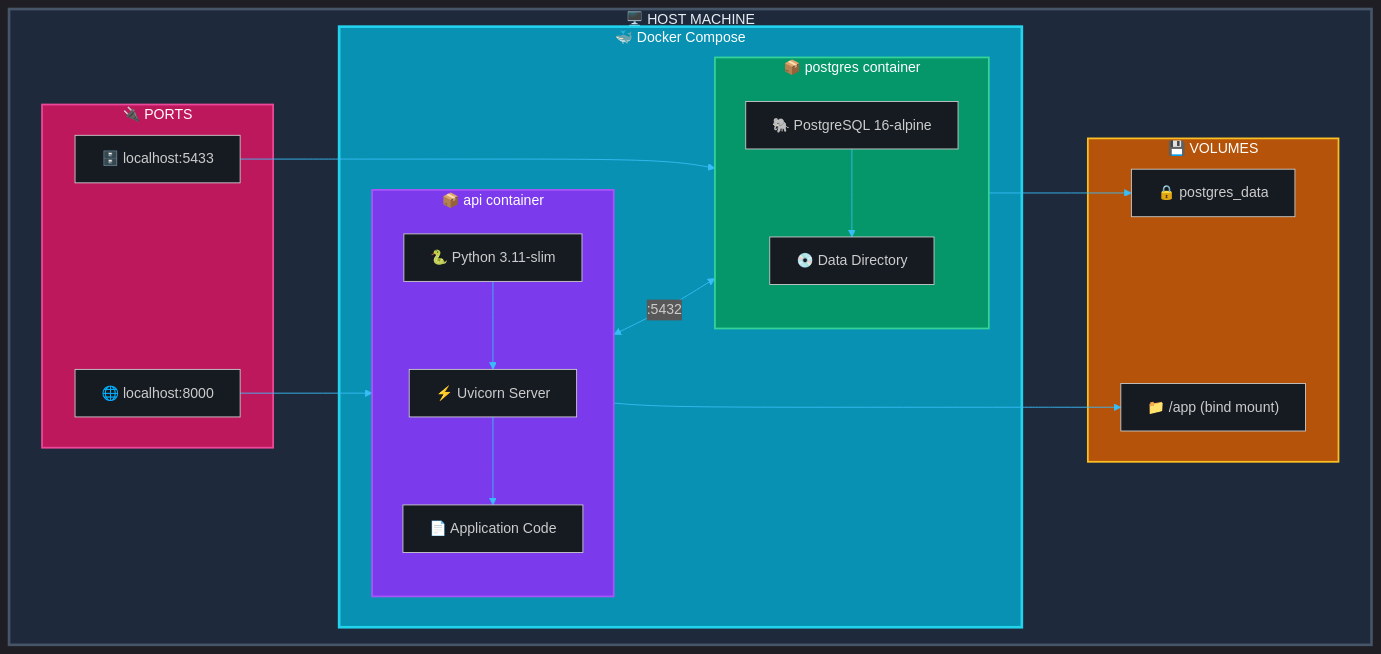
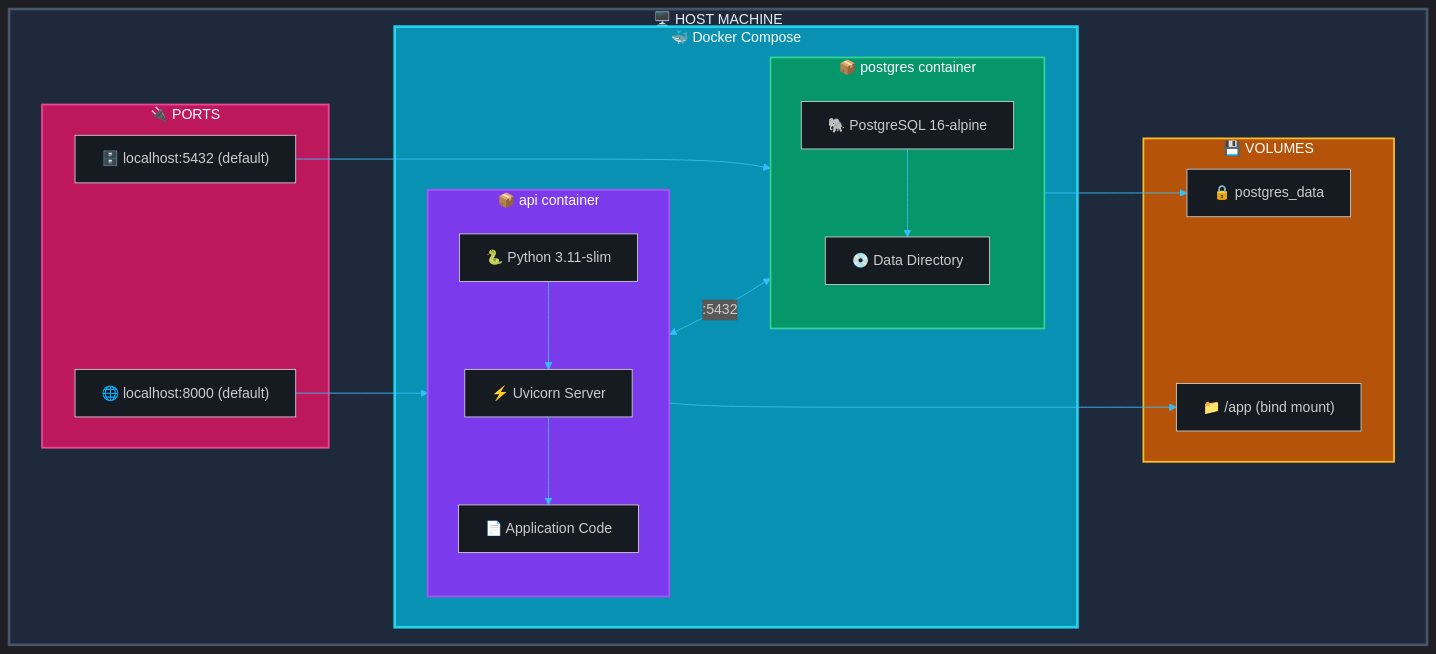
The tenth of 14 diagrams in documents/ARCHITECTURE.md (Ekremunalytu/automation_enviroment), drawn with Mermaid before and after one commit. The commit also changed other lines of this file and 7 other files, not shown here.

````diff
--- a/documents/ARCHITECTURE.md
+++ b/documents/ARCHITECTURE.md
@@ -609,46 +609,46 @@
 ```mermaid
 %%{init: {'theme': 'dark', 'themeVariables': { 'background': '#0d1117', 'primaryColor': '#0ea5e9', 'primaryTextColor': '#e6edf3', 'lineColor': '#38bdf8', 'mainBkg': '#161b22', 'nodeBkg': '#21262d', 'clusterBkg': '#161b22'}}}%%
 flowchart TB
     subgraph Host["🖥️ HOST MACHINE"]
         subgraph DockerCompose["🐳 Docker Compose"]
             subgraph APIContainer["📦 api container"]
                 direction TB
                 Python["🐍 Python 3.11-slim"]
                 Uvicorn["⚡ Uvicorn Server"]
                 AppCode["📄 Application Code"]
                 Python --> Uvicorn
                 Uvicorn --> AppCode
             end
 
             subgraph DBContainer["📦 postgres container"]
                 direction TB
                 PG["🐘 PostgreSQL 16-alpine"]
                 Data["💿 Data Directory"]
                 PG --> Data
             end
         end
 
         subgraph Volumes["💾 VOLUMES"]
             PGData["🔒 postgres_data"]
             AppMount["📁 /app (bind mount)"]
         end
 
-        subgraph Ports["🔌 PORTS"]
-            P8000["🌐 localhost:8000"]
-            P5433["🗄️ localhost:5433"]
-        end
+    subgraph Ports["🔌 PORTS"]
+        P8000["🌐 localhost:8000 (default)"]
+        P5432["🗄️ localhost:5432 (default)"]
+    end
     end
 
     APIContainer <-->|":5432"| DBContainer
     DBContainer --> PGData
     APIContainer --> AppMount
     P8000 --> APIContainer
-    P5433 --> DBContainer
+    P5432 --> DBContainer
 
     style Host fill:#1e293b,stroke:#475569,stroke-width:3px,color:#e6edf3
     style DockerCompose fill:#0891b2,stroke:#22d3ee,stroke-width:3px,color:#fff
     style APIContainer fill:#7c3aed,stroke:#a855f7,stroke-width:2px,color:#fff
     style DBContainer fill:#059669,stroke:#34d399,stroke-width:2px,color:#fff
     style Volumes fill:#b45309,stroke:#fbbf24,stroke-width:2px,color:#fff
     style Ports fill:#be185d,stroke:#ec4899,stroke-width:2px,color:#fff
 ```
````
